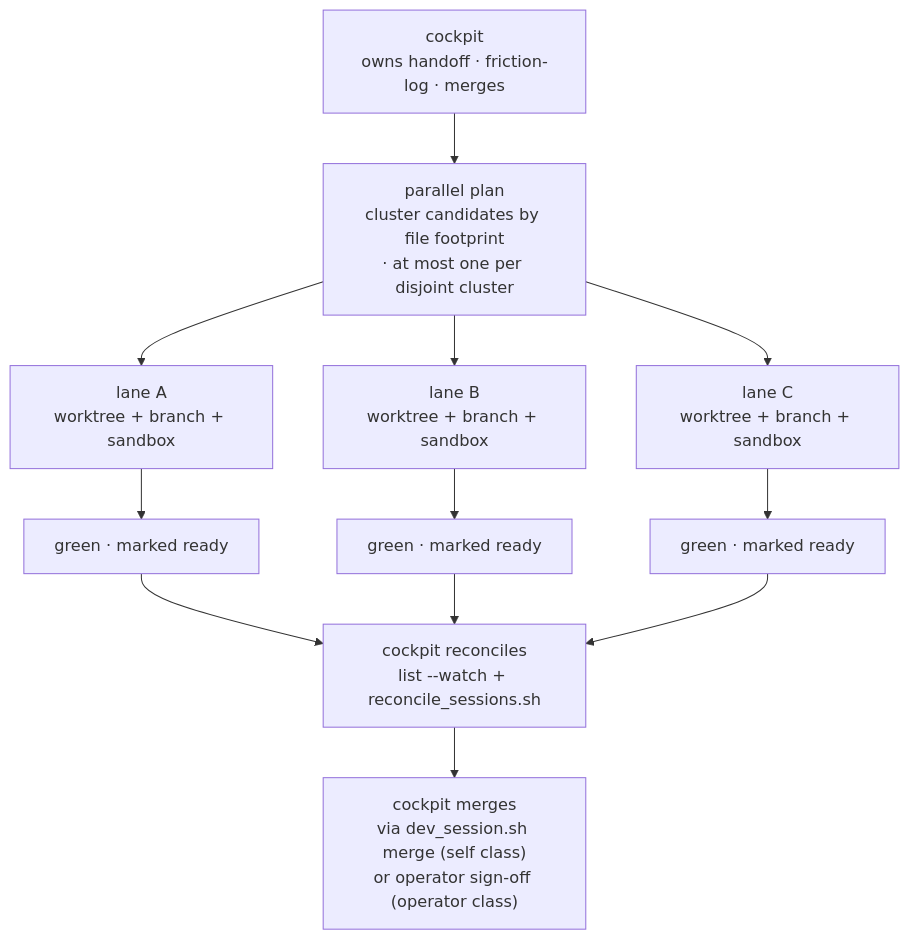
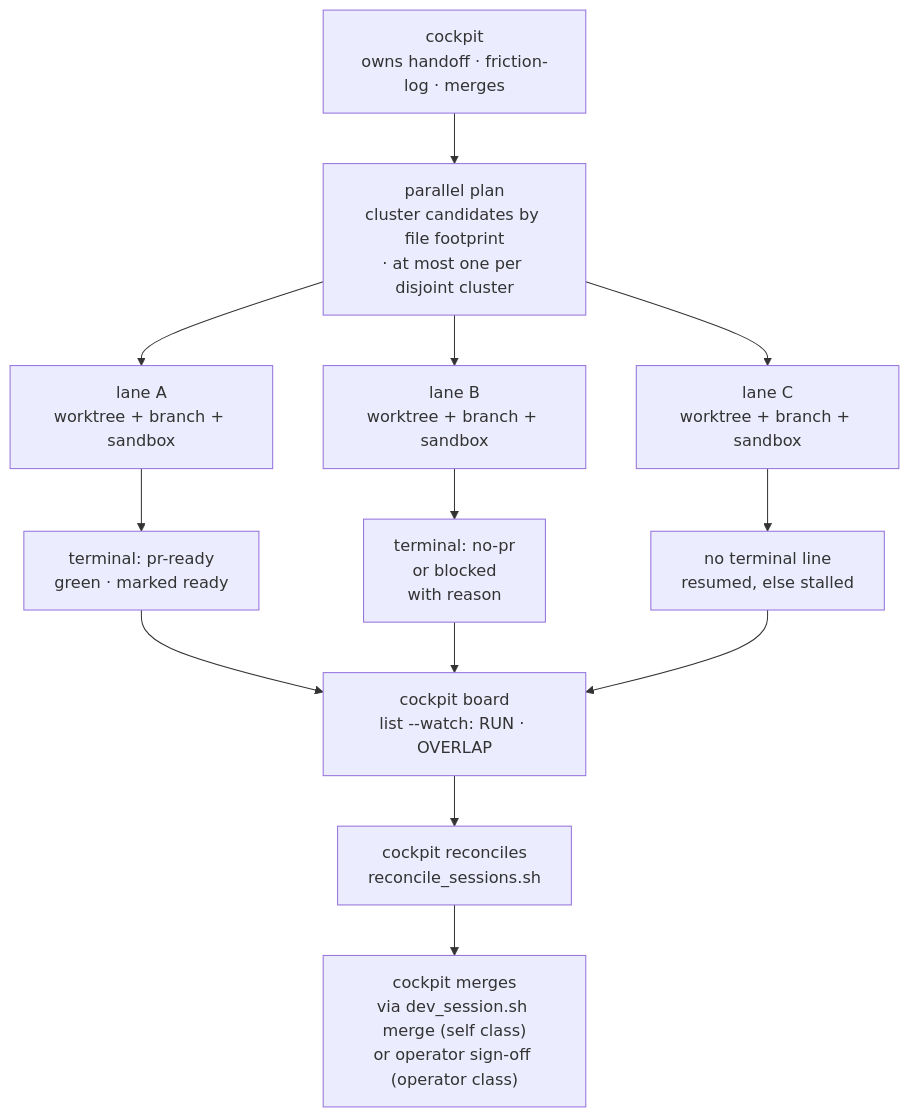
One commit to topij/agentic-dev-kit changed the diagram in docs/parallel-dev.md. Above: the diagram before and after it, drawn with Mermaid. The commit also changed other lines of this file and 6 other files, not shown here.

First line of the commit message:
docs: bring reader guides and diagrams up to date with recent lane, review and cleanup work

````diff
--- a/docs/parallel-dev.md
+++ b/docs/parallel-dev.md
@@ -52,14 +52,15 @@
 ```mermaid
 flowchart TD
     CP["cockpit<br/>owns handoff · friction-log · merges"] --> Plan["parallel plan<br/>cluster candidates by file footprint<br/>· at most one per disjoint cluster"]
     Plan --> L1["lane A<br/>worktree + branch + sandbox"]
     Plan --> L2["lane B<br/>worktree + branch + sandbox"]
     Plan --> L3["lane C<br/>worktree + branch + sandbox"]
-    L1 --> D1["green · marked ready"]
-    L2 --> D2["green · marked ready"]
-    L3 --> D3["green · marked ready"]
-    D1 --> R["cockpit reconciles<br/>list --watch + reconcile_sessions.sh"]
-    D2 --> R
-    D3 --> R
+    L1 --> D1["terminal: pr-ready<br/>green · marked ready"]
+    L2 --> D2["terminal: no-pr<br/>or blocked<br/>with reason"]
+    L3 --> D3["no terminal line<br/>resumed, else stalled"]
+    D1 --> B["cockpit board<br/>list --watch: RUN · OVERLAP"]
+    D2 --> B
+    D3 --> B
+    B --> R["cockpit reconciles<br/>reconcile_sessions.sh"]
     R --> M["cockpit merges<br/>via dev_session.sh merge (self class)<br/>or operator sign-off (operator class)"]
 ```
````
